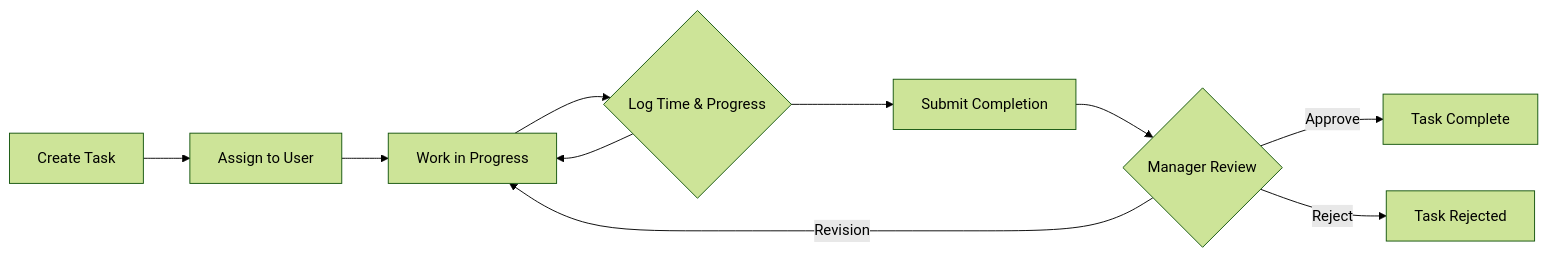
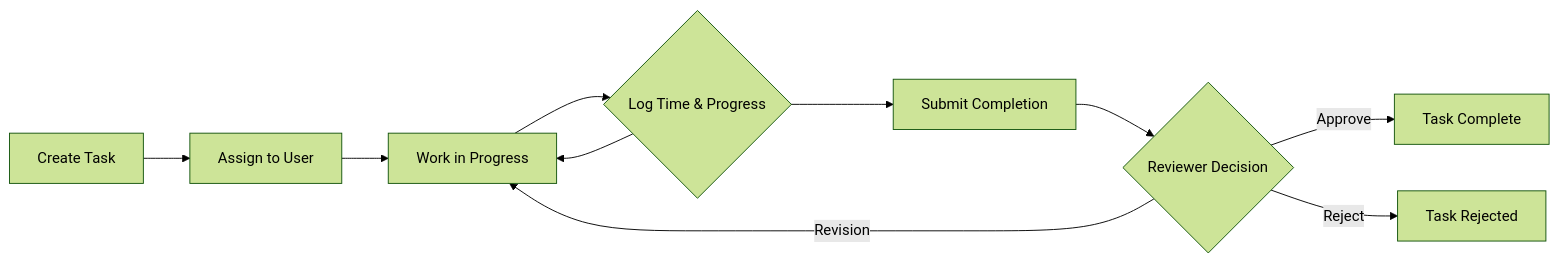
One commit to Ranyeelll/project-app changed the fifth of 13 diagrams in docs/SYSTEM_DOCUMENTATION.md. Above: the diagram before and after it, drawn with Mermaid (forest theme). The commit also changed other lines of this file and 80 other files, not shown here.

````diff
--- a/docs/SYSTEM_DOCUMENTATION.md
+++ b/docs/SYSTEM_DOCUMENTATION.md
@@ -290,12 +309,12 @@
 ```mermaid
 flowchart LR
     A[Create Task] --> B[Assign to User]
     B --> C[Work in Progress]
     C --> D{Log Time & Progress}
     D --> C
     D --> E[Submit Completion]
-    E --> F{Manager Review}
+    E --> F{Reviewer Decision}
     F -->|Approve| G[Task Complete]
     F -->|Revision| C
     F -->|Reject| H[Task Rejected]
 ```
````
